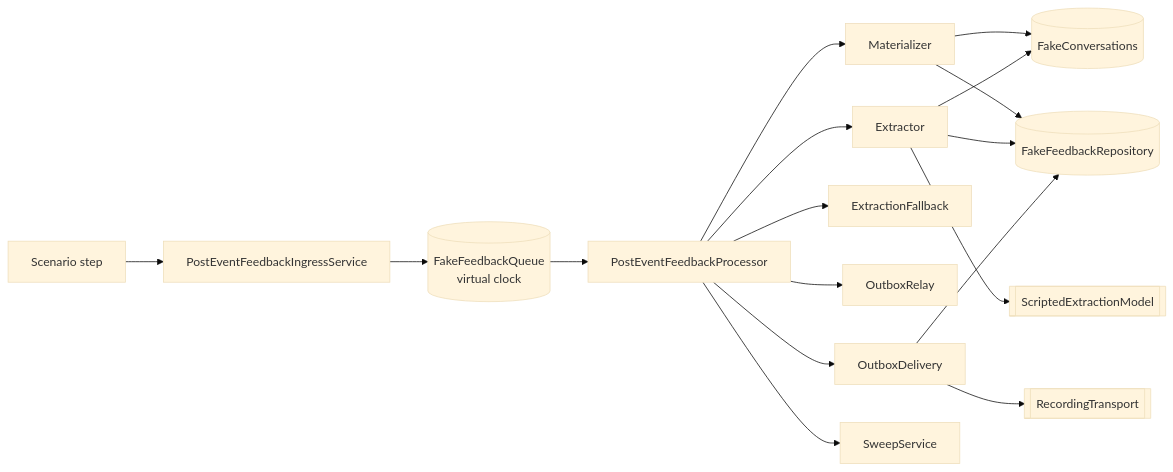
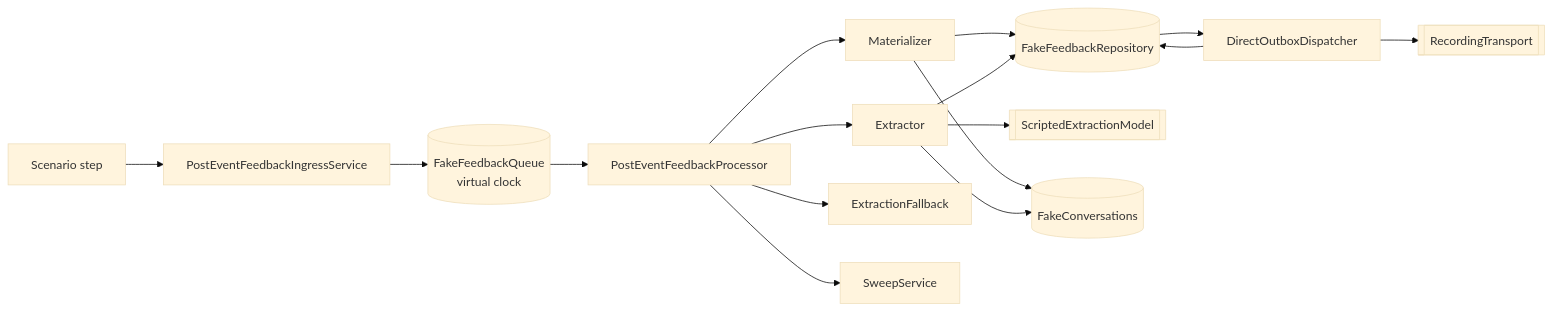
The diagram in docs/backend/modules/post-event-feedback-scenarios.md (johnakisk0700/slopform), drawn with Mermaid (base theme) before and after one commit. The commit also changed other lines of this file and 226 other files, not shown here.

````diff
--- a/docs/backend/modules/post-event-feedback-scenarios.md
+++ b/docs/backend/modules/post-event-feedback-scenarios.md
@@ -1972,19 +2014,18 @@
 ```mermaid
 flowchart LR
   step[Scenario step] --> ing[PostEventFeedbackIngressService]
   ing --> q[(FakeFeedbackQueue<br/>virtual clock)]
   q --> proc[PostEventFeedbackProcessor]
   proc --> mat[Materializer]
   proc --> ext[Extractor]
   proc --> fb[ExtractionFallback]
-  proc --> rel[OutboxRelay]
-  proc --> del[OutboxDelivery]
   proc --> swp[SweepService]
+  pg --> dispatch[DirectOutboxDispatcher]
+  dispatch --> transport[[RecordingTransport]]
   ext --> model[[ScriptedExtractionModel]]
   mat --> mongo[(FakeConversations)]
   ext --> mongo
-  del --> transport[[RecordingTransport]]
   mat --> pg[(FakeFeedbackRepository)]
   ext --> pg
-  del --> pg
+  dispatch --> pg
 ```
````
